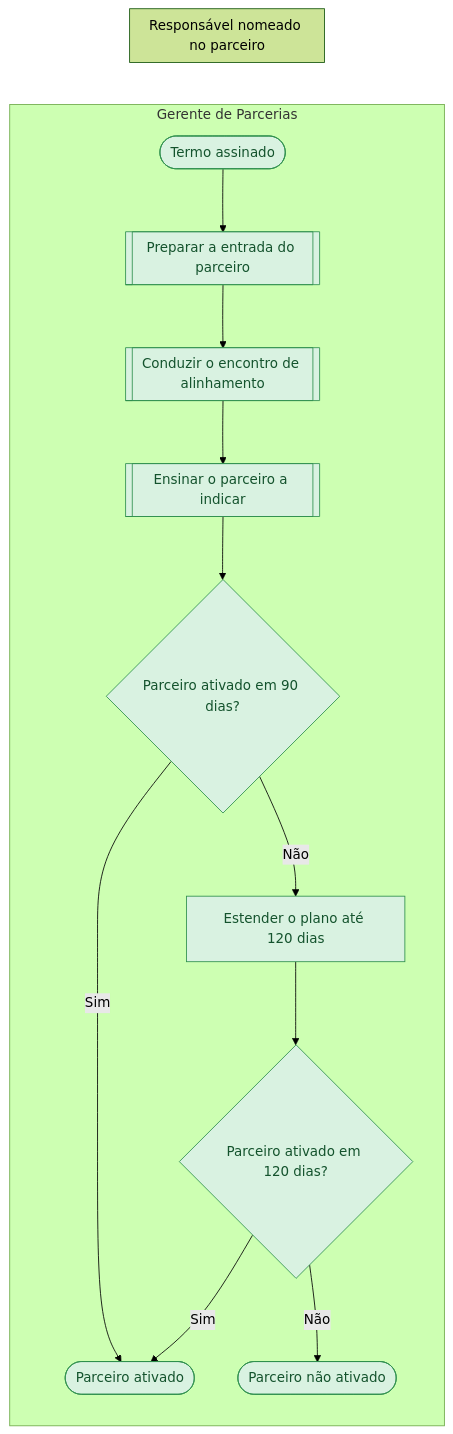
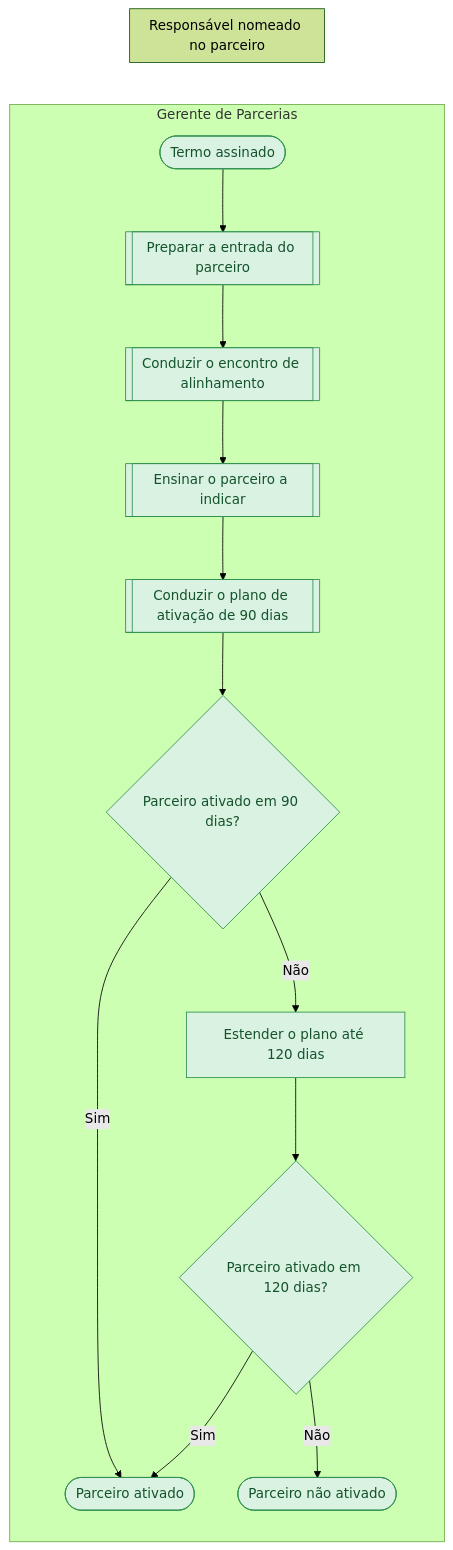
The diagram in mapeamentos/wise-partners-to-be/saidas/mermaid/fluxo-5-integrar-e-ativar-parceiro.mmd (Guilherme-MFaccin/Wise-Partners), drawn with Mermaid (forest theme) before and after one commit. The commit also changed 56 other files, not shown here.

```diff
--- a/mapeamentos/wise-partners-to-be/saidas/mermaid/fluxo-5-integrar-e-ativar-parceiro.mmd
+++ b/mapeamentos/wise-partners-to-be/saidas/mermaid/fluxo-5-integrar-e-ativar-parceiro.mmd
@@ -1,27 +1,29 @@
 flowchart LR
     classDef confirmado fill:#D9F2E1,stroke:#2F8F4E,color:#14532D
     classDef declarado fill:#FFF3C4,stroke:#B8860B,color:#5C4300
     classDef hipotese fill:#FFFFFF,stroke:#8A9099,color:#3F4650,stroke-dasharray: 5 5
     classDef contestado fill:#FDE2E1,stroke:#C53030,color:#7F1D1D
     subgraph raia_PA_01 ["Gerente de Parcerias"]
       n_i1(["Termo assinado"]):::confirmado
       n_s1[["Preparar a entrada do parceiro"]]:::confirmado
       n_s2[["Conduzir o encontro de alinhamento"]]:::confirmado
       n_s3[["Ensinar o parceiro a indicar"]]:::confirmado
+      n_s4[["Conduzir o plano de ativação de 90 dias"]]:::confirmado
       n_g1{"Parceiro ativado em 90 dias?"}:::confirmado
       n_t1["Estender o plano até 120 dias"]:::confirmado
       n_g2{"Parceiro ativado em 120 dias?"}:::confirmado
       n_f1(["Parceiro ativado"]):::confirmado
       n_f2(["Parceiro não ativado"]):::confirmado
     end
     subgraph raia_PA_05 ["Responsável nomeado no parceiro"]
     end
     n_i1 --> n_s1
     n_s1 --> n_s2
     n_s2 --> n_s3
-    n_s3 --> n_g1
     n_g1 -->|Sim| n_f1
     n_g1 -->|Não| n_t1
     n_t1 --> n_g2
     n_g2 -->|Sim| n_f1
     n_g2 -->|Não| n_f2
+    n_s3 --> n_s4
+    n_s4 --> n_g1
```
